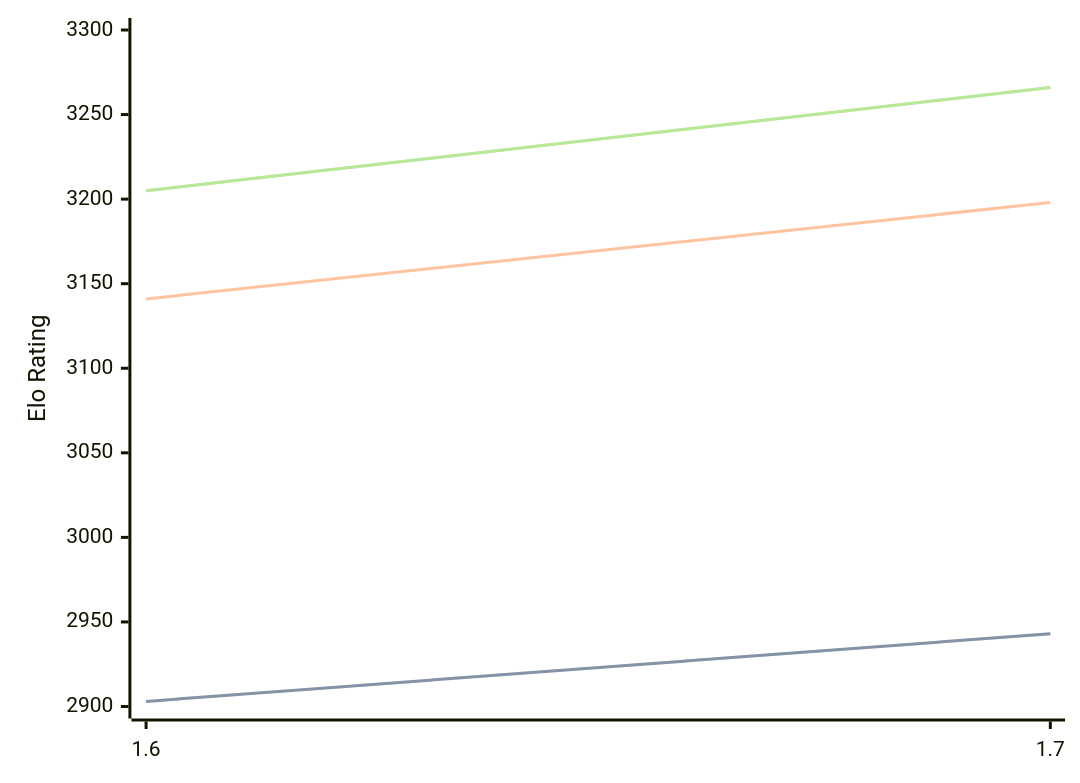
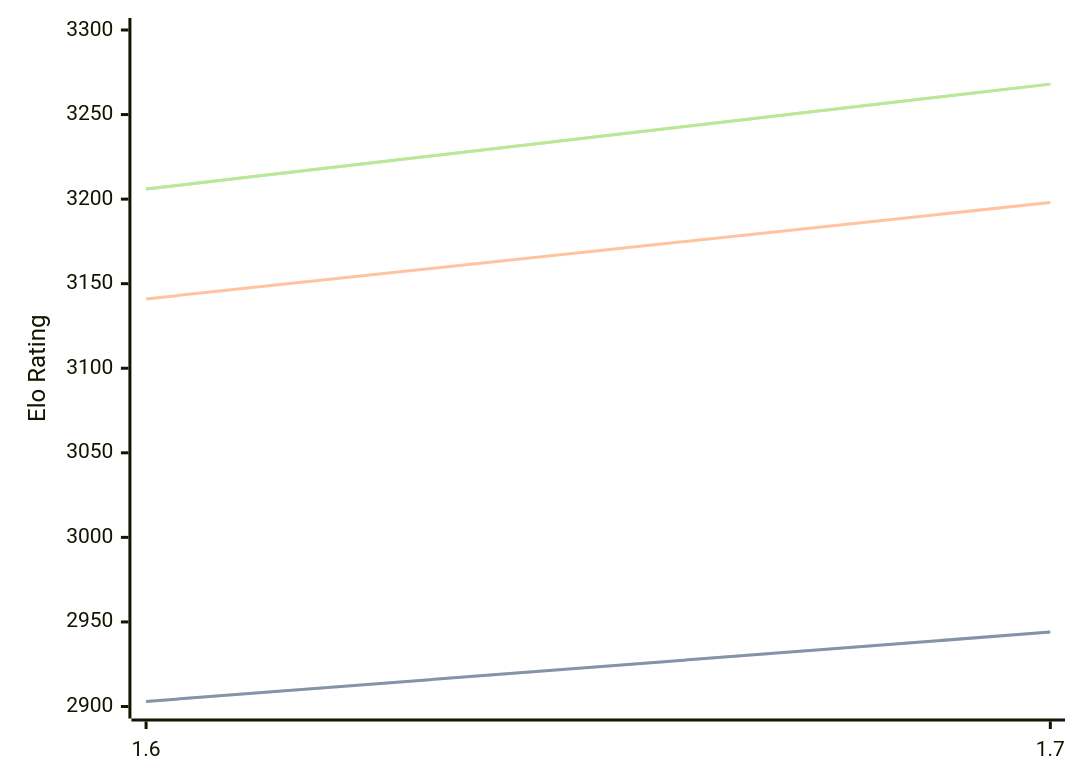
The diagram in engines/Bitbit.md (computer-chess-index/cci), drawn with Mermaid before and after one commit. The commit also changed other lines of this file, not shown here.

Commit message:
Update CCI Ratings (ELO VLTC) - 2026-08-27

````diff
--- a/engines/Bitbit.md
+++ b/engines/Bitbit.md
@@ -32,11 +32,11 @@
 ```mermaid
 %%{init: {"theme":"base","themeVariables":{"seriesColors:['#a3a3a3','#222221','#faa371']}}}%%
 xychart-beta
   x-axis ["1.6", "1.7"]
   y-axis "Elo Rating" 2900 --> 3300
-  line "STC (8.0+0.08s)" [2903, 2943]
-  line "STC (8.0+0.08s)" [2903, 2943]
+  line "STC (8.0+0.08s)" [2903, 2944]
+  line "STC (8.0+0.08s)" [2903, 2944]
   line "LTC (60.0+0.60s)" [3141, 3198]
-  line "VLTC (2m24s+1.12s)" [3205, 3266]
-  line "VLTC (2m24s+1.12s)" [3205, 3266]
+  line "VLTC (2m24s+1.12s)" [3206, 3268]
+  line "VLTC (2m24s+1.12s)" [3206, 3268]
 ```
````
